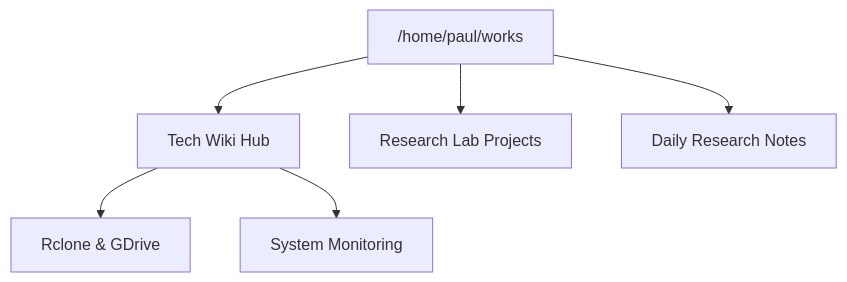
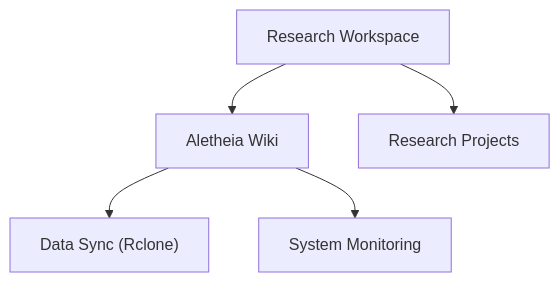
The diagram in docs/index.md (paulshamrat/aletheia), drawn with Mermaid before and after one commit. The commit also changed other lines of this file and 1 other file, not shown here.

Commit message:
Complete privacy cleanup and menu reorganization

````diff
--- a/docs/index.md
+++ b/docs/index.md
@@ -22,15 +21,13 @@
 ```mermaid
 graph TD
-    Works["/home/paul/works"]
-    Wiki["Tech Wiki Hub"]
-    Sync["Rclone & GDrive"]
+    Works["Research Workspace"]
+    Wiki["Aletheia Wiki"]
+    Sync["Data Sync (Rclone)"]
     Mon["System Monitoring"]
-    Lab["Research Lab Projects"]
-    Notes["Daily Research Notes"]
+    Lab["Research Projects"]
 
     Works --> Wiki
     Works --> Lab
-    Works --> Notes
     Wiki --> Sync
     Wiki --> Mon
 ```
````
